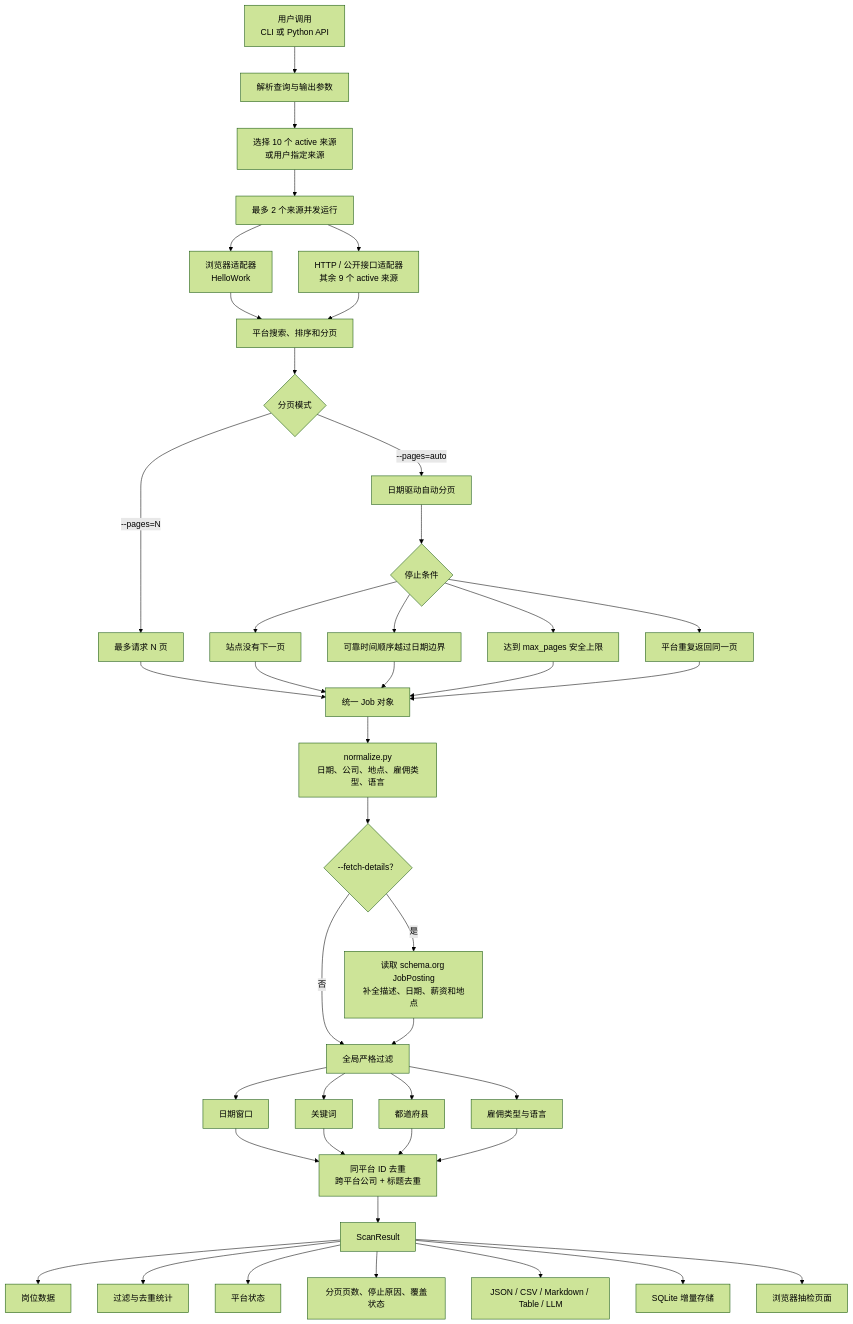
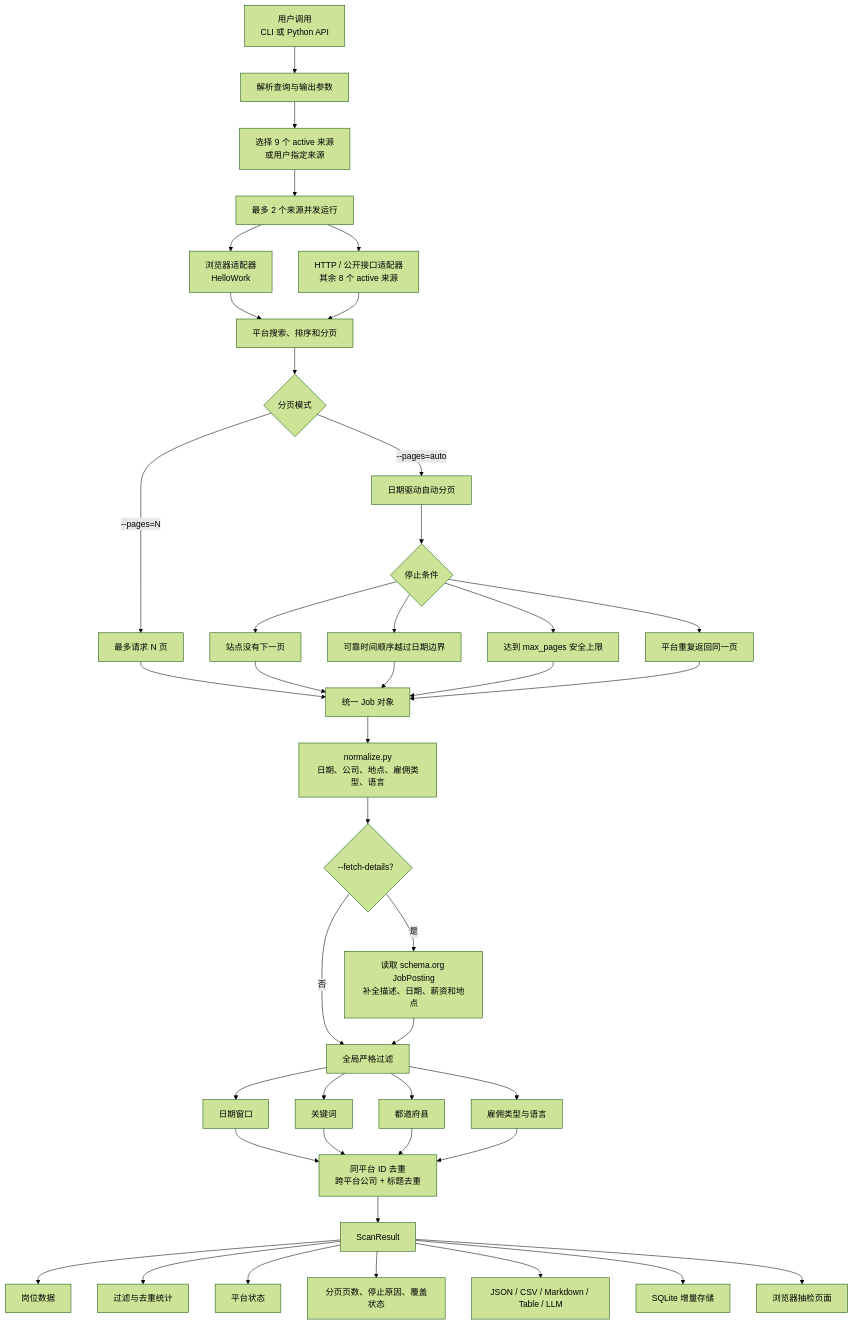
Before and after one commit to Kaedeeeeeeeeee/jp-job-data: the first of 2 diagrams in docs/jpjobs-architecture.md, drawn with Mermaid (forest theme). The commit also changed 8 other files, not shown here.

````diff
--- a/docs/jpjobs-architecture.md
+++ b/docs/jpjobs-architecture.md
@@ -8,54 +8,54 @@
 ```mermaid
 flowchart TD
     A["用户调用<br/>CLI 或 Python API"] --> B["解析查询与输出参数"]
-    B --> C["选择 10 个 active 来源<br/>或用户指定来源"]
+    B --> C["选择 9 个 active 来源<br/>或用户指定来源"]
     C --> D["最多 2 个来源并发运行"]
 
     D --> E1["浏览器适配器<br/>HelloWork"]
-    D --> E2["HTTP / 公开接口适配器<br/>其余 9 个 active 来源"]
+    D --> E2["HTTP / 公开接口适配器<br/>其余 8 个 active 来源"]
 
     E1 --> F["平台搜索、排序和分页"]
     E2 --> F
 
     F --> G{"分页模式"}
     G -->|"--pages=N"| G1["最多请求 N 页"]
     G -->|"--pages=auto"| G2["日期驱动自动分页"]
 
     G2 --> G3{"停止条件"}
     G3 --> G31["站点没有下一页"]
     G3 --> G32["可靠时间顺序越过日期边界"]
     G3 --> G33["达到 max_pages 安全上限"]
     G3 --> G34["平台重复返回同一页"]
 
     G1 --> H["统一 Job 对象"]
     G31 --> H
     G32 --> H
     G33 --> H
     G34 --> H
 
     H --> I["normalize.py<br/>日期、公司、地点、雇佣类型、语言"]
     I --> J{"--fetch-details？"}
     J -- "是" --> J1["读取 schema.org JobPosting<br/>补全描述、日期、薪资和地点"]
     J -- "否" --> K
     J1 --> K["全局严格过滤"]
 
     K --> K1["日期窗口"]
     K --> K2["关键词"]
     K --> K3["都道府县"]
     K --> K4["雇佣类型与语言"]
 
     K1 --> L["同平台 ID 去重<br/>跨平台公司 + 标题去重"]
     K2 --> L
     K3 --> L
     K4 --> L
 
     L --> M["ScanResult"]
     M --> M1["岗位数据"]
     M --> M2["过滤与去重统计"]
     M --> M3["平台状态"]
     M --> M4["分页页数、停止原因、覆盖状态"]
 
     M --> N1["JSON / CSV / Markdown / Table / LLM"]
     M --> N2["SQLite 增量存储"]
     M --> N3["浏览器抽检页面"]
 ```
````
